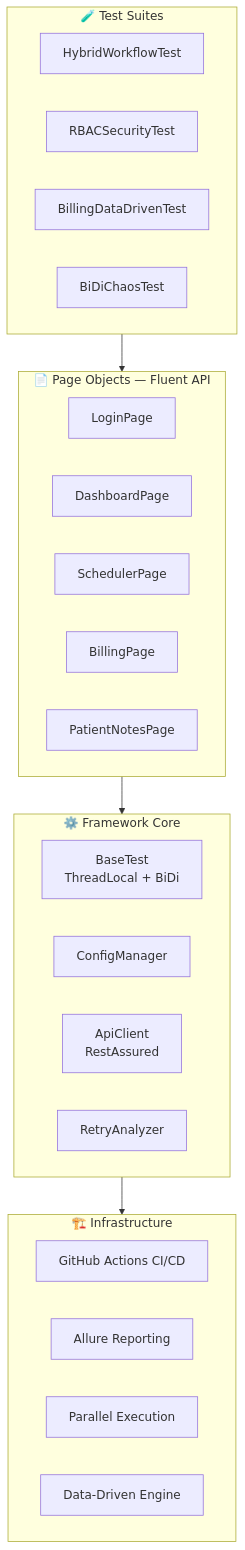
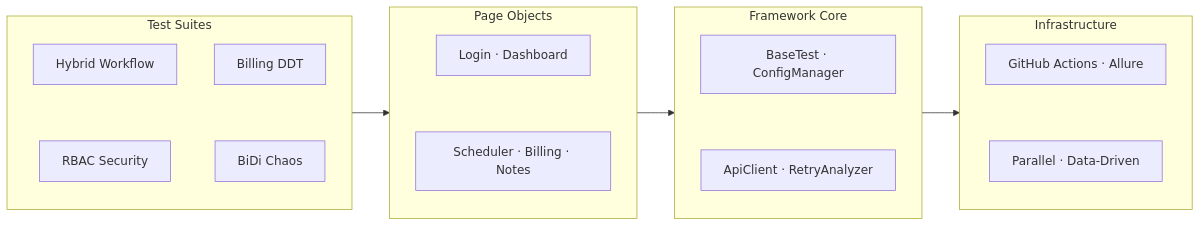
The diagram in README.md (justinarndt/QA), drawn with Mermaid before and after one commit.

Commit message:
fix: compact horizontal Mermaid architecture diagram

````diff
--- a/README.md
+++ b/README.md
@@ -13,33 +13,17 @@
 ```mermaid
-graph TD
-    subgraph TESTS["🧪 Test Suites"]
-        T1["HybridWorkflowTest"]
-        T2["RBACSecurityTest"]
-        T3["BillingDataDrivenTest"]
-        T4["BiDiChaosTest"]
+graph LR
+    subgraph TESTS["Test Suites"]
+        T1["Hybrid Workflow"] ~~~ T2["RBAC Security"]
+        T3["Billing DDT"] ~~~ T4["BiDi Chaos"]
     end
-
-    subgraph PAGES["📄 Page Objects — Fluent API"]
-        P1["LoginPage"]
-        P2["DashboardPage"]
-        P3["SchedulerPage"]
-        P4["BillingPage"]
-        P5["PatientNotesPage"]
+    subgraph PAGES["Page Objects"]
+        P1["Login · Dashboard"] ~~~ P2["Scheduler · Billing · Notes"]
     end
-
-    subgraph CORE["⚙️ Framework Core"]
-        C1["BaseTest\nThreadLocal + BiDi"]
-        C2["ConfigManager"]
-        C3["ApiClient\nRestAssured"]
-        C4["RetryAnalyzer"]
+    subgraph CORE["Framework Core"]
+        C1["BaseTest · ConfigManager"] ~~~ C2["ApiClient · RetryAnalyzer"]
     end
-
-    subgraph INFRA["🏗️ Infrastructure"]
-        I1["GitHub Actions CI/CD"]
-        I2["Allure Reporting"]
-        I3["Parallel Execution"]
-        I4["Data-Driven Engine"]
+    subgraph INFRA["Infrastructure"]
+        I1["GitHub Actions · Allure"] ~~~ I2["Parallel · Data-Driven"]
     end
-
     TESTS --> PAGES --> CORE --> INFRA
 ```
````
